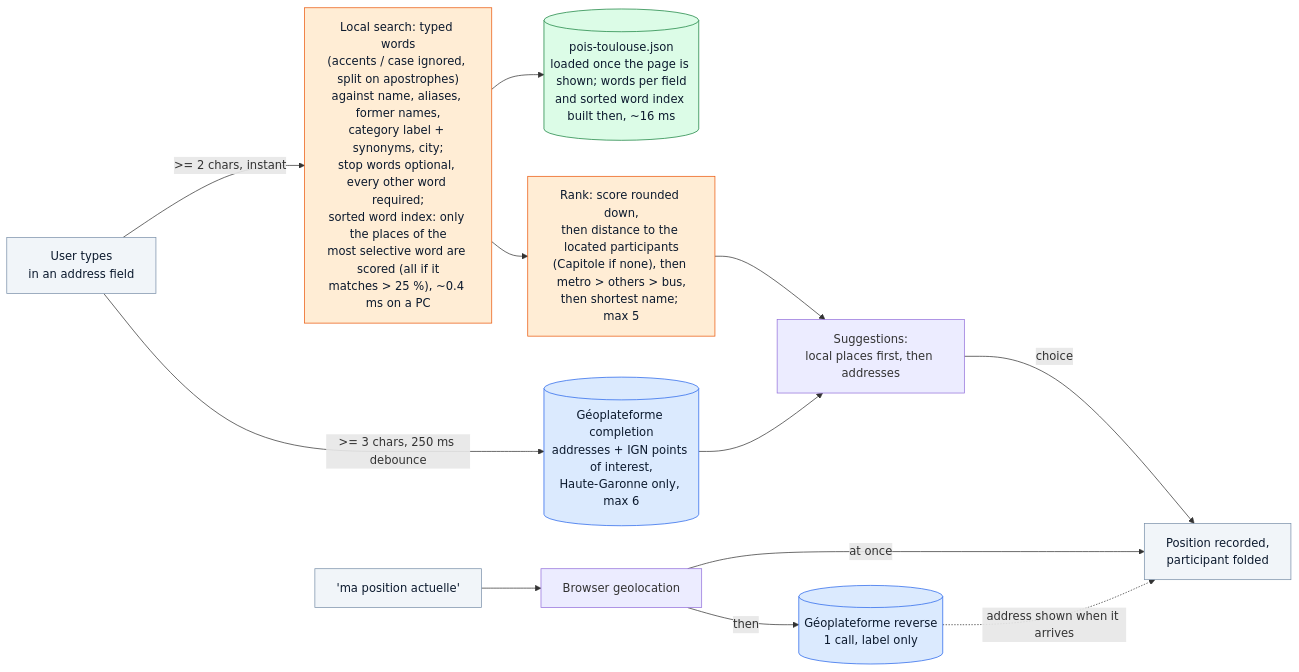
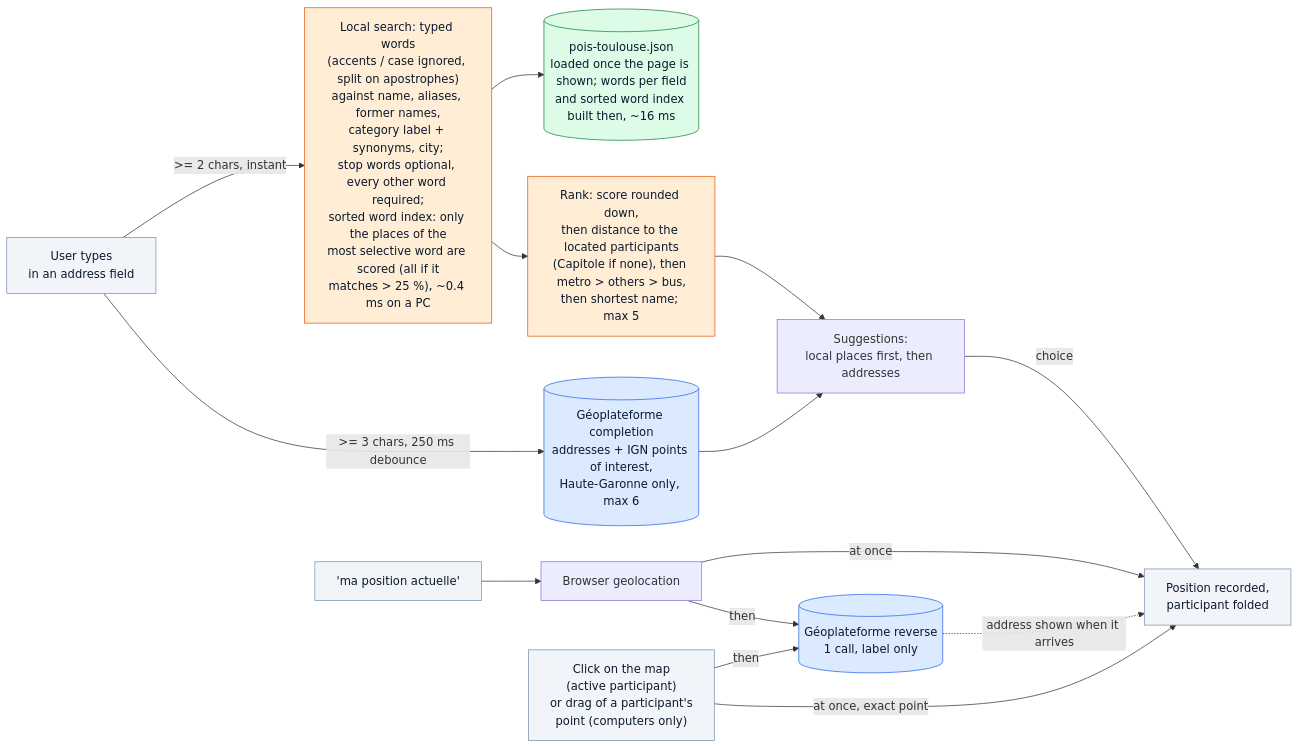
One commit to NicolasGresset/portfolio changed the second of 4 diagrams in docs/location-pipeline.md. Above: the diagram before and after it, drawn with Mermaid. The commit also changed other lines of this file and 5 other files, not shown here.

First line of the commit message:
Place a participant by clicking the map or dragging their point

````diff
--- a/docs/location-pipeline.md
+++ b/docs/location-pipeline.md
@@ -61,21 +61,23 @@
 ```mermaid
 flowchart LR
     classDef api fill:#DBEAFE,stroke:#2563EB,color:#0C1A2E
     classDef local fill:#DCFCE7,stroke:#15803D,color:#0C1A2E
     classDef algo fill:#FFEDD5,stroke:#EA580C,color:#0C1A2E
     classDef user fill:#F1F5F9,stroke:#7A90AA,color:#0C1A2E
 
     TYPE["User types<br/>in an address field"]:::user
     TYPE -->|">= 2 chars, instant"| LOCAL["Local search: typed words<br/>(accents / case ignored, split on apostrophes)<br/>against name, aliases, former names,<br/>category label + synonyms, city;<br/>stop words optional, every other word required;<br/>sorted word index: only the places of the<br/>most selective word are scored (all if it<br/>matches > 25 %), ~0.4 ms on a PC"]:::algo
     LOCAL --> JSON[("pois-toulouse.json<br/>loaded once the page is shown; words per field<br/>and sorted word index built then, ~16 ms")]:::local
     LOCAL --> RANK["Rank: score rounded down,<br/>then distance to the located participants<br/>(Capitole if none), then metro > others > bus,<br/>then shortest name; max 5"]:::algo
     TYPE -->|">= 3 chars, 250 ms debounce"| COMPLETION[("Géoplateforme completion<br/>addresses + IGN points of interest,<br/>Haute-Garonne only, max 6")]:::api
     RANK --> LIST["Suggestions:<br/>local places first, then addresses"]
     COMPLETION --> LIST
     LIST -->|"choice"| POS["Position recorded,<br/>participant folded"]:::user
 
     GEO["'ma position actuelle'"]:::user --> BROWSERGEO["Browser geolocation"]
     BROWSERGEO -->|"at once"| POS
     BROWSERGEO -->|"then"| REVERSE[("Géoplateforme reverse<br/>1 call, label only")]:::api
     REVERSE -.->|"address shown when it arrives"| POS
+    MAPCLICK["Click on the map<br/>(active participant)<br/>or drag of a participant's<br/>point (computers only)"]:::user -->|"at once, exact point"| POS
+    MAPCLICK -->|"then"| REVERSE
 ```
````
